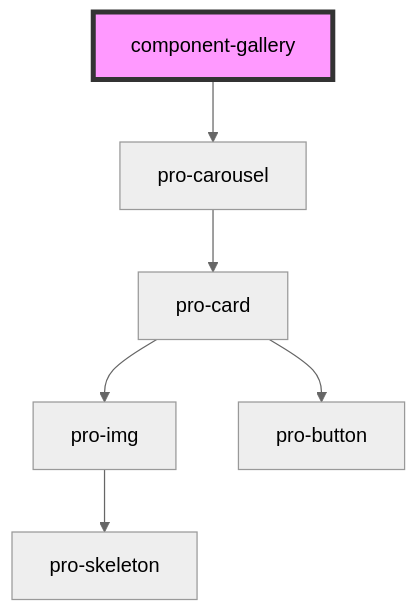
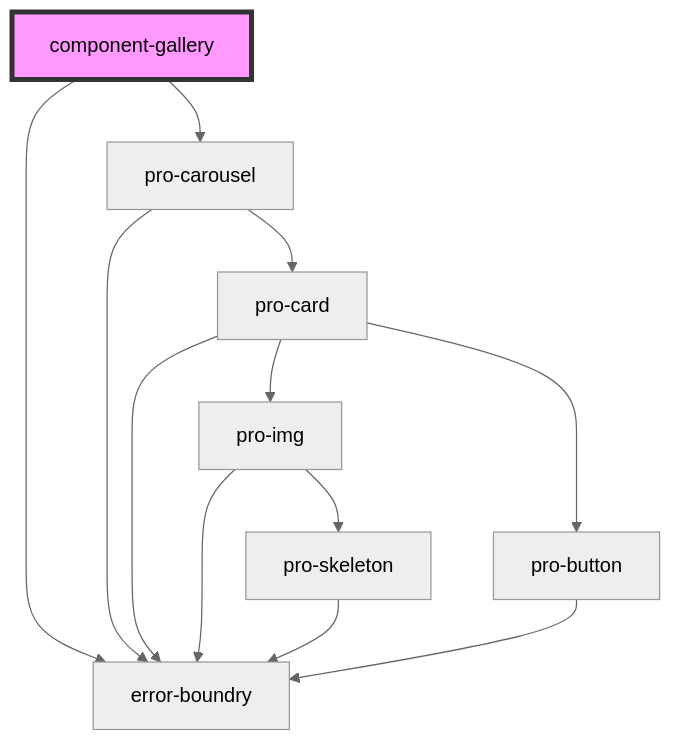
Before and after one commit to aab1dh/pro: the diagram in src/molecules/gallery/readme.md, drawn with Mermaid (neutral theme). The commit also changed other lines of this file and 15 other files, not shown here.

Commit message:
Added component error boundary handling

````diff
--- a/src/molecules/gallery/readme.md
+++ b/src/molecules/gallery/readme.md
@@ -22,9 +23,15 @@
 ```mermaid
 graph TD;
+  component-gallery --> error-boundry
   component-gallery --> pro-carousel
+  pro-carousel --> error-boundry
   pro-carousel --> pro-card
+  pro-card --> error-boundry
   pro-card --> pro-img
   pro-card --> pro-button
+  pro-img --> error-boundry
   pro-img --> pro-skeleton
+  pro-skeleton --> error-boundry
+  pro-button --> error-boundry
   style component-gallery fill:#f9f,stroke:#333,stroke-width:4px
 ```
````
